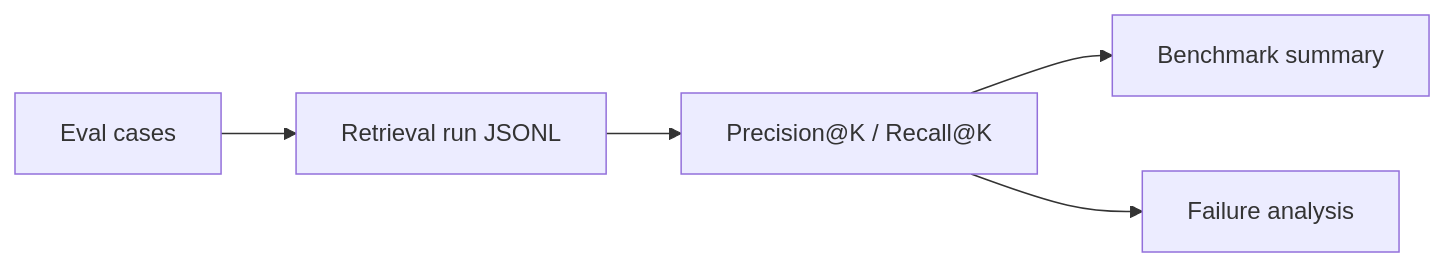
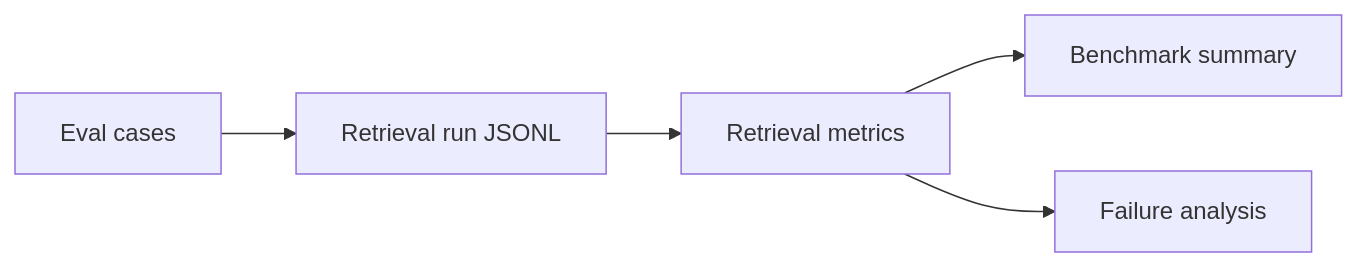
One commit to irenechenn/financial-rag-eval-suite changed the diagram in reports/project1_voyage_faiss_top3_tool_filtered.md. Above: the diagram before and after it, drawn with Mermaid. The commit also changed other lines of this file and 11 other files, not shown here.

Commit message:
Expand retrieval and agent trace metrics

````diff
--- a/reports/project1_voyage_faiss_top3_tool_filtered.md
+++ b/reports/project1_voyage_faiss_top3_tool_filtered.md
@@ -13,7 +13,7 @@
 ```mermaid
 flowchart LR
     A["Eval cases"] --> B["Retrieval run JSONL"]
-    B --> C["Precision@K / Recall@K"]
+    B --> C["Retrieval metrics"]
     C --> D["Benchmark summary"]
     C --> E["Failure analysis"]
 ```
````
